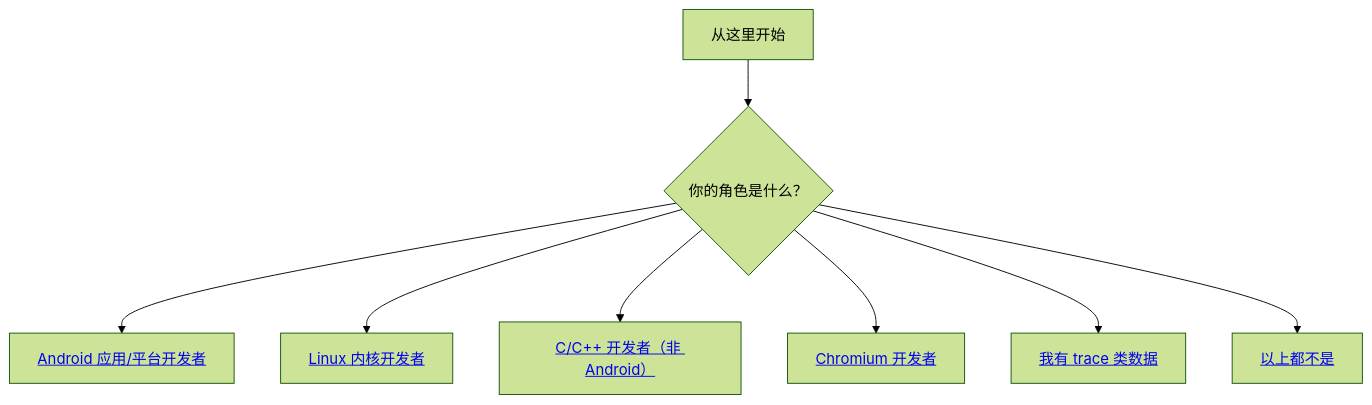
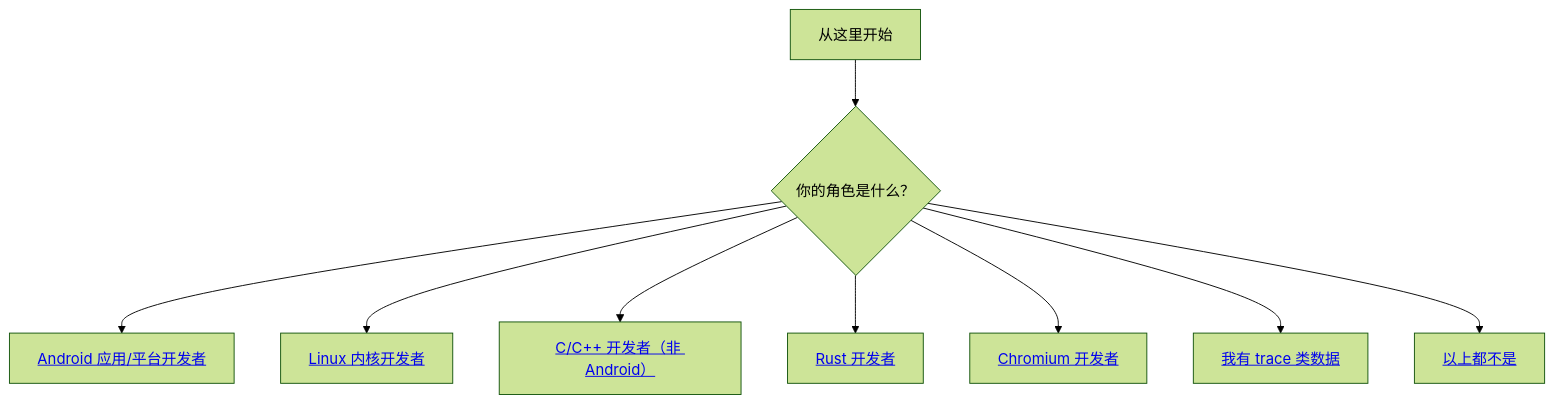
One commit to GuGu-Perf/perfetto-docs-zh-cn changed the first of 2 diagrams in docs/getting-started/start-using-perfetto.md. Above: the diagram before and after it, drawn with Mermaid (forest theme). The commit also changed other lines of this file and 37 other files, not shown here.

````diff
--- a/docs/getting-started/start-using-perfetto.md
+++ b/docs/getting-started/start-using-perfetto.md
@@ -15,10 +15,11 @@
 ```mermaid
 graph TD
     A[从这里开始] --> B{你的角色是什么？};
     B --> C["<a href='#android-developers'>Android 应用/平台开发者</a>"];
     B --> D["<a href='#linux-kernel-developers'>Linux 内核开发者</a>"];
     B --> E["<a href='#c-cpp-developers'>C/C++ 开发者（非 Android）</a>"];
+    B --> E2["<a href='#rust-developers'>Rust 开发者</a>"];
     B --> F["<a href='#chromium-developers'>Chromium 开发者</a>"];
     B --> G["<a href='#trace-like-data'>我有 trace 类数据</a>"];
     B --> H["<a href='#not-listed'>以上都不是</a>"];
 ```
````
